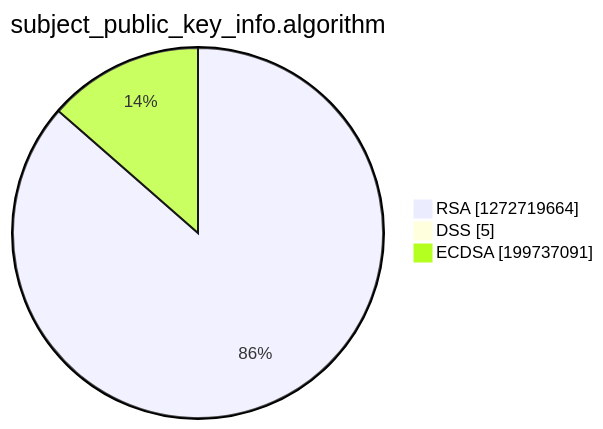
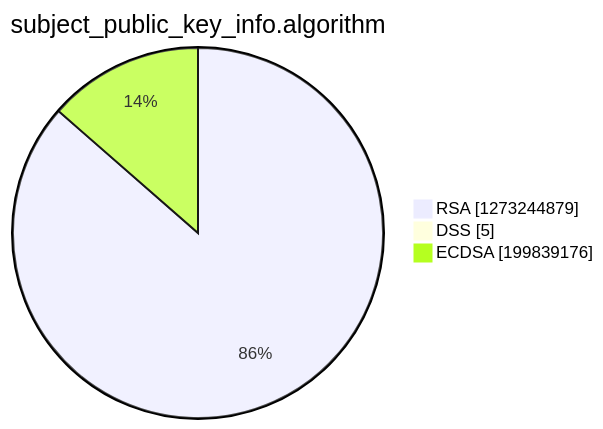
One commit to christiankrug/ctmonitor_visualization changed the third of 15 diagrams in argon2022/README.md. Above: the diagram before and after it, drawn with Mermaid. The commit also changed other lines of this file, not shown here.

````diff
--- a/argon2022/README.md
+++ b/argon2022/README.md
@@ -14,7 +14,7 @@
 ```mermaid
 pie showData
 title subject_public_key_info.algorithm
-"RSA" :1272719664
+"RSA" :1273244879
 "DSS" :5
-"ECDSA" :199737091
+"ECDSA" :199839176
 ```
````
